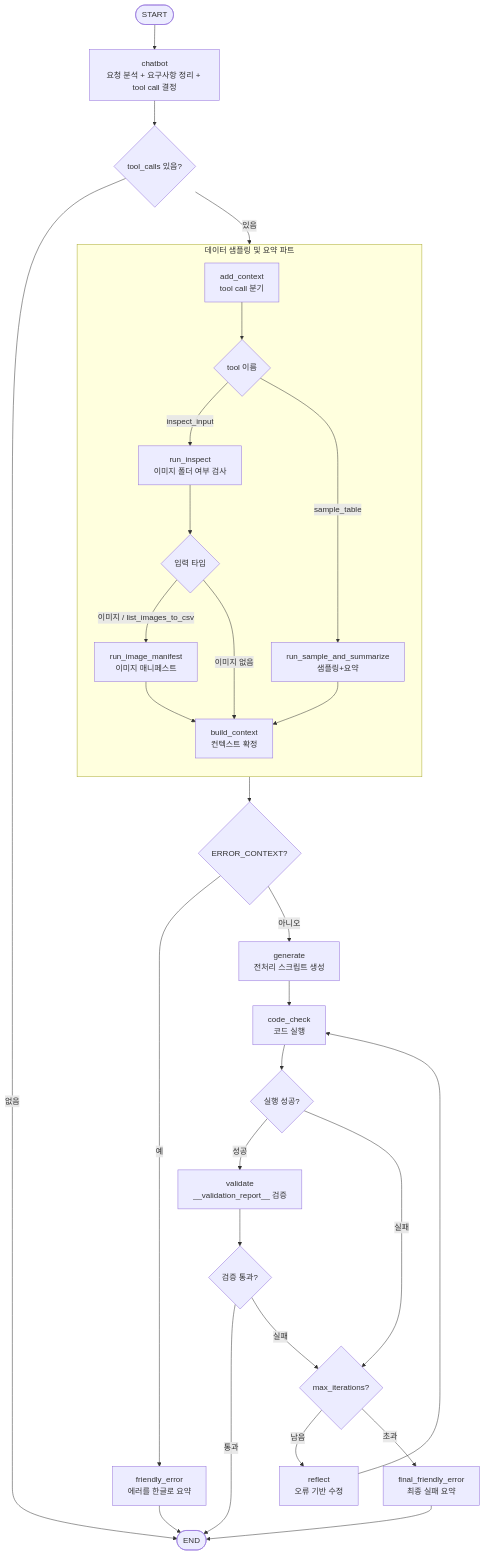
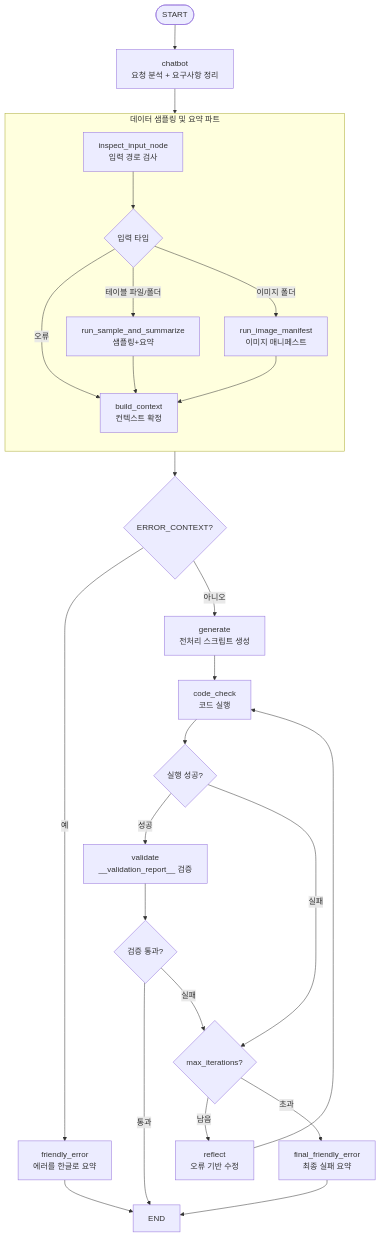
The third of 3 diagrams in README.md (sonsukwoo/Data_preprocessing_auto), drawn with Mermaid before and after one commit. The commit also changed other lines of this file and 1 other file, not shown here.

````diff
--- a/README.md
+++ b/README.md
@@ -139,42 +141,36 @@
 ```mermaid
 flowchart TD
-  START([START]) --> C[chatbot<br/>요청 분석 + 요구사항 정리 + tool call 결정]
-
-  C --> D0{tool_calls 있음?}
-  D0 -->|없음| END([END])
-  D0 -->|있음| X[add_context<br/>tool call 분기]
+  START([START]) --> C[chatbot<br/>요청 분석 + 요구사항 정리]
+  C --> I0[inspect_input_node<br/>입력 경로 검사]
 
   subgraph INPUT["데이터 샘플링 및 요약 파트"]
     direction TB
-    X --> D1{tool 이름}
-    D1 -->|inspect_input| I[run_inspect<br/>이미지 폴더 여부 검사]
-    D1 -->|sample_table| SAS[run_sample_and_summarize<br/>샘플링+요약]
-
-    I --> D2{입력 타입}
-    D2 -->|이미지 / list_images_to_csv| IMG[run_image_manifest<br/>이미지 매니페스트]
-    D2 -->|이미지 없음| B[build_context<br/>컨텍스트 확정<br/>]
+    I0 --> D1{입력 타입}
+    D1 -->|이미지 폴더| IMG[run_image_manifest<br/>이미지 매니페스트]
+    D1 -->|테이블 파일/폴더| SAS[run_sample_and_summarize<br/>샘플링+요약]
+    D1 -->|오류| B[build_context<br/>컨텍스트 확정<br/>]
 
     SAS --> B
     IMG --> B
   end
 
   B --> D4{ERROR_CONTEXT?}
   D4 -->|예| FE[friendly_error<br/>에러를 한글로 요약]
   D4 -->|아니오| G[generate<br/>전처리 스크립트 생성]
 
   G --> E[code_check<br/>코드 실행]
   E --> D5{실행 성공?}
   D5 -->|성공| V[validate<br/>__validation_report__ 검증]
   D5 -->|실패| D{max_iterations?}
 
   V --> D6{검증 통과?}
   D6 -->|통과| END
   D6 -->|실패| D
 
   D -->|남음| RF[reflect<br/>오류 기반 수정]
   D -->|초과| FFE[final_friendly_error<br/>최종 실패 요약]
 
   RF --> E
   FE --> END
   FFE --> END
 ```
````
